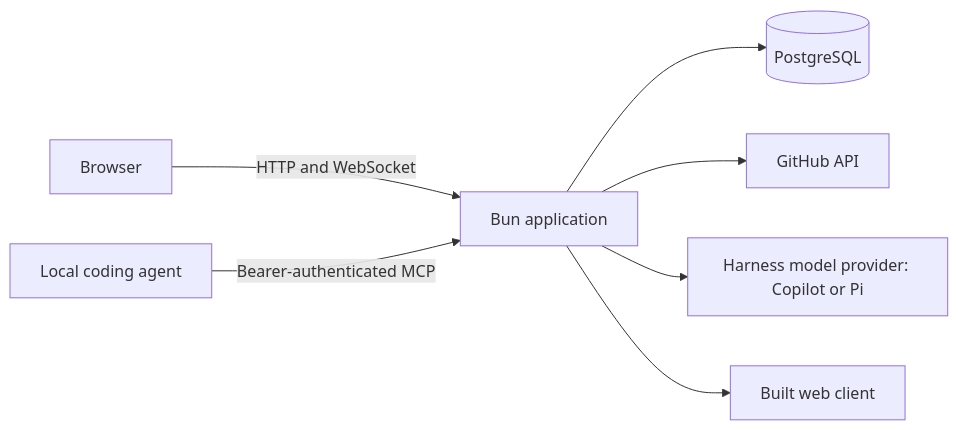
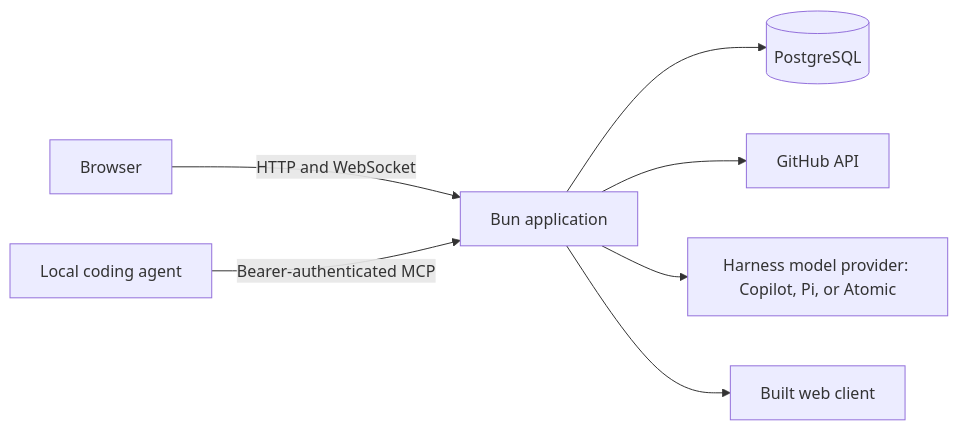
The first of 3 diagrams in docs/architecture.md (githubnext/chopin), drawn with Mermaid before and after one commit. The commit also changed other lines of this file and 15 other files, not shown here.

````diff
--- a/docs/architecture.md
+++ b/docs/architecture.md
@@ -50,9 +51,9 @@
 ```mermaid
 flowchart LR
 	B[Browser] -->|HTTP and WebSocket| S[Bun application]
 	C[Local coding agent] -->|Bearer-authenticated MCP| S
 	S --> P[(PostgreSQL)]
 	S --> G[GitHub API]
-	S --> A[Harness model provider: Copilot or Pi]
+	S --> A[Harness model provider: Copilot, Pi, or Atomic]
 	S --> W[Built web client]
 ```
````
